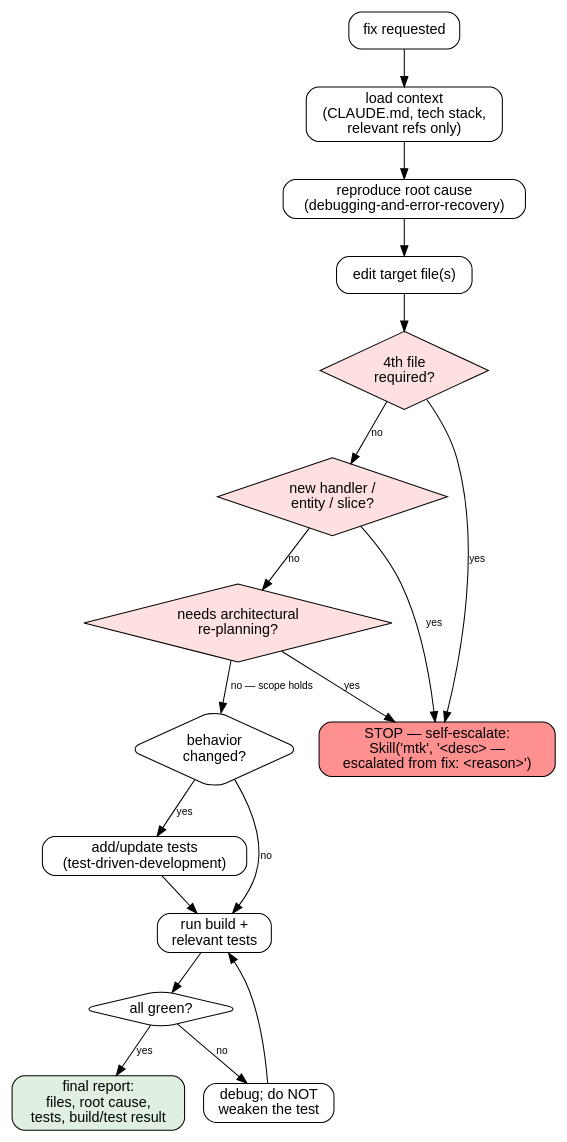
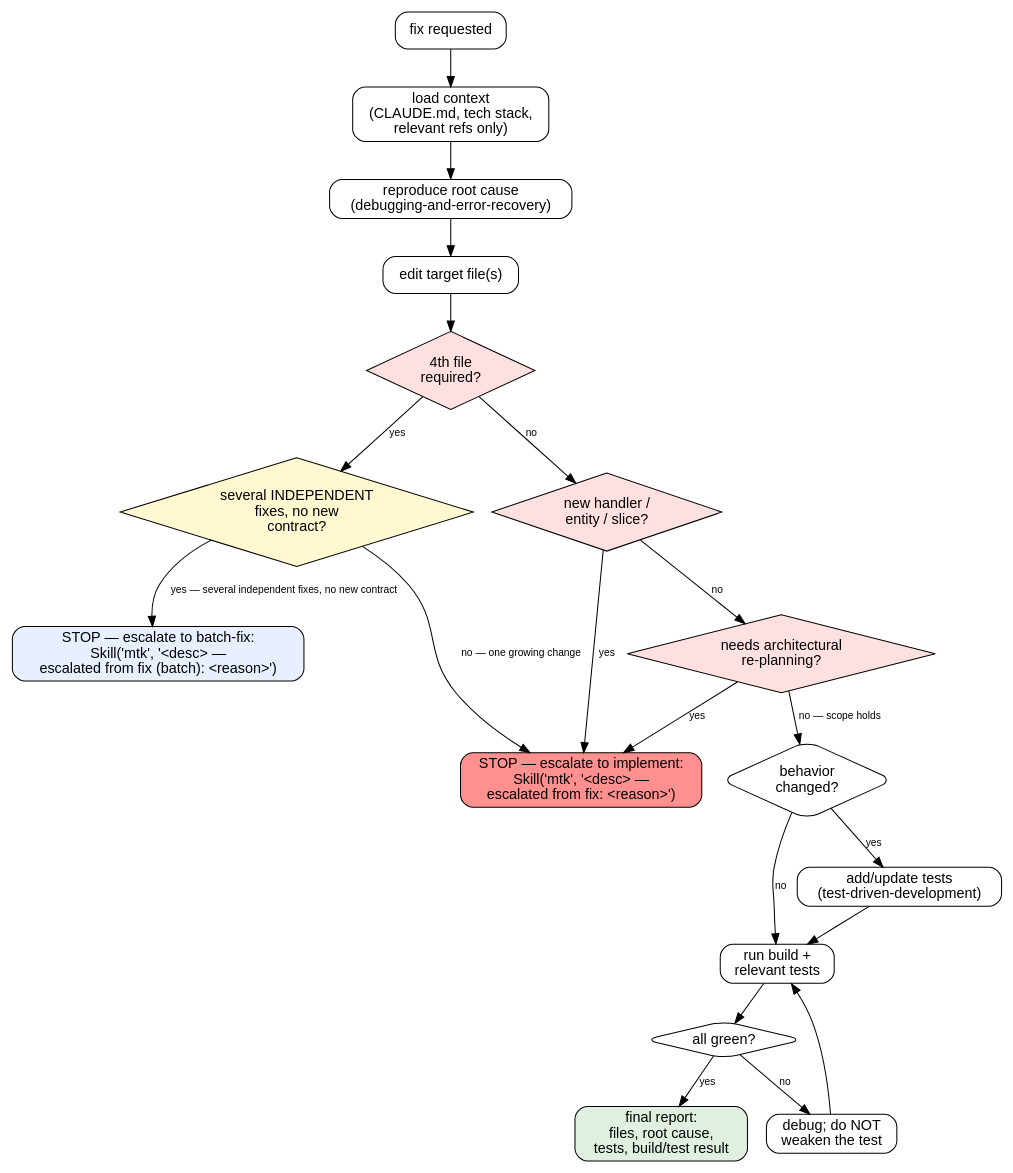
One commit to moberghr/mtk-agent-toolkit changed the diagram in .claude/skills/fix/SKILL.md. Above: the diagram before and after it, drawn with Graphviz. The commit also changed other lines of this file and 31 other files, not shown here.

````diff
--- a/.claude/skills/fix/SKILL.md
+++ b/.claude/skills/fix/SKILL.md
@@ -53,41 +53,46 @@
 ```dot
 digraph fix_flow {
   rankdir=TB;
   node [shape=box, style=rounded, fontname="Helvetica"];
   edge [fontname="Helvetica", fontsize=10];
 
   start  [label="fix requested"];
   load   [label="load context\n(CLAUDE.md, tech stack,\nrelevant refs only)"];
   repro  [label="reproduce root cause\n(debugging-and-error-recovery)"];
   edit   [label="edit target file(s)"];
 
   files4 [label="4th file\nrequired?", shape=diamond, style="filled", fillcolor="#ffe0e0"];
+  multi  [label="several INDEPENDENT\nfixes, no new\ncontract?", shape=diamond, style="filled", fillcolor="#fff8d0"];
   slice  [label="new handler /\nentity / slice?", shape=diamond, style="filled", fillcolor="#ffe0e0"];
   arch   [label="needs architectural\nre-planning?", shape=diamond, style="filled", fillcolor="#ffe0e0"];
-  esc    [label="STOP — self-escalate:\nSkill('mtk', '<desc> —\nescalated from fix: <reason>')",
+  escb   [label="STOP — escalate to batch-fix:\nSkill('mtk', '<desc> —\nescalated from fix (batch): <reason>')",
+          style="rounded,filled", fillcolor="#e8f0ff"];
+  esc    [label="STOP — escalate to implement:\nSkill('mtk', '<desc> —\nescalated from fix: <reason>')",
           style="rounded,filled", fillcolor="#ff9090"];
 
   tdd    [label="behavior\nchanged?", shape=diamond];
   test   [label="add/update tests\n(test-driven-development)"];
   build  [label="run build +\nrelevant tests"];
   green  [label="all green?", shape=diamond];
   fix2   [label="debug; do NOT\nweaken the test"];
   report [label="final report:\nfiles, root cause,\ntests, build/test result",
           style="rounded,filled", fillcolor="#e0f0e0"];
 
   start -> load -> repro -> edit -> files4;
-  files4 -> esc   [label="yes"];
+  files4 -> multi [label="yes"];
+  multi  -> escb  [label="yes — several independent fixes, no new contract"];
+  multi  -> esc   [label="no — one growing change"];
   files4 -> slice [label="no"];
   slice  -> esc   [label="yes"];
   slice  -> arch  [label="no"];
   arch   -> esc   [label="yes"];
   arch   -> tdd   [label="no — scope holds"];
   tdd    -> test  [label="yes"];
   tdd    -> build [label="no"];
   test   -> build;
   build  -> green;
   green  -> fix2   [label="no"];
   fix2   -> build;
   green  -> report [label="yes"];
 }
 ```
````
